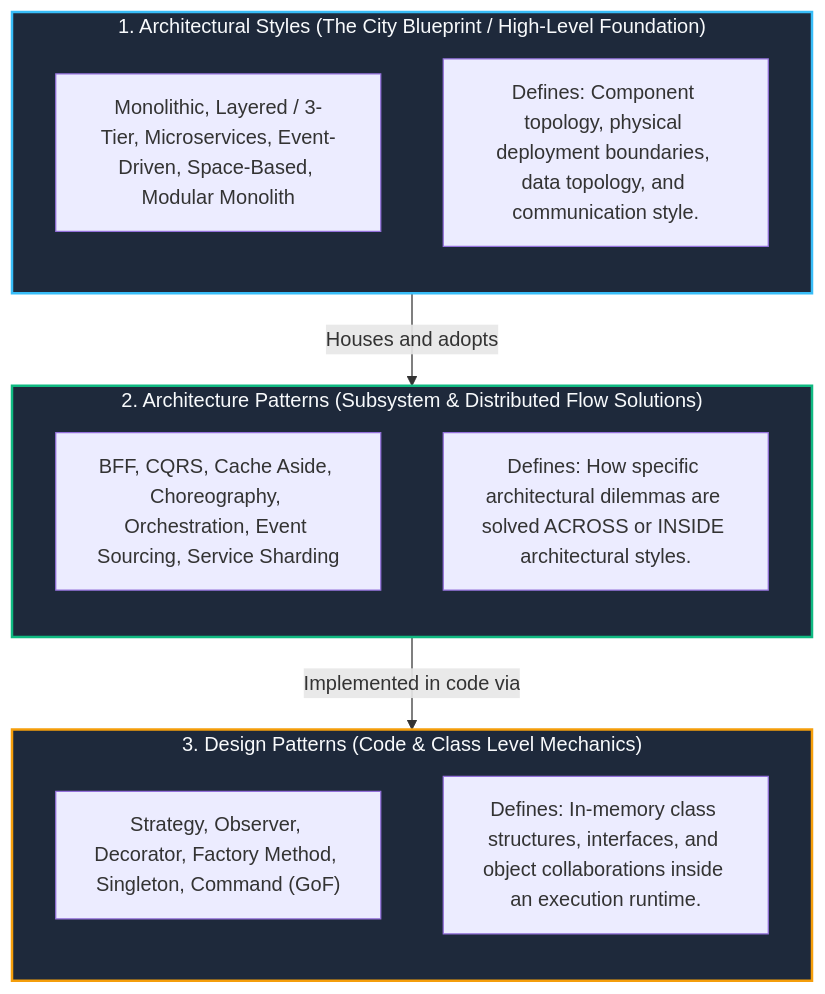
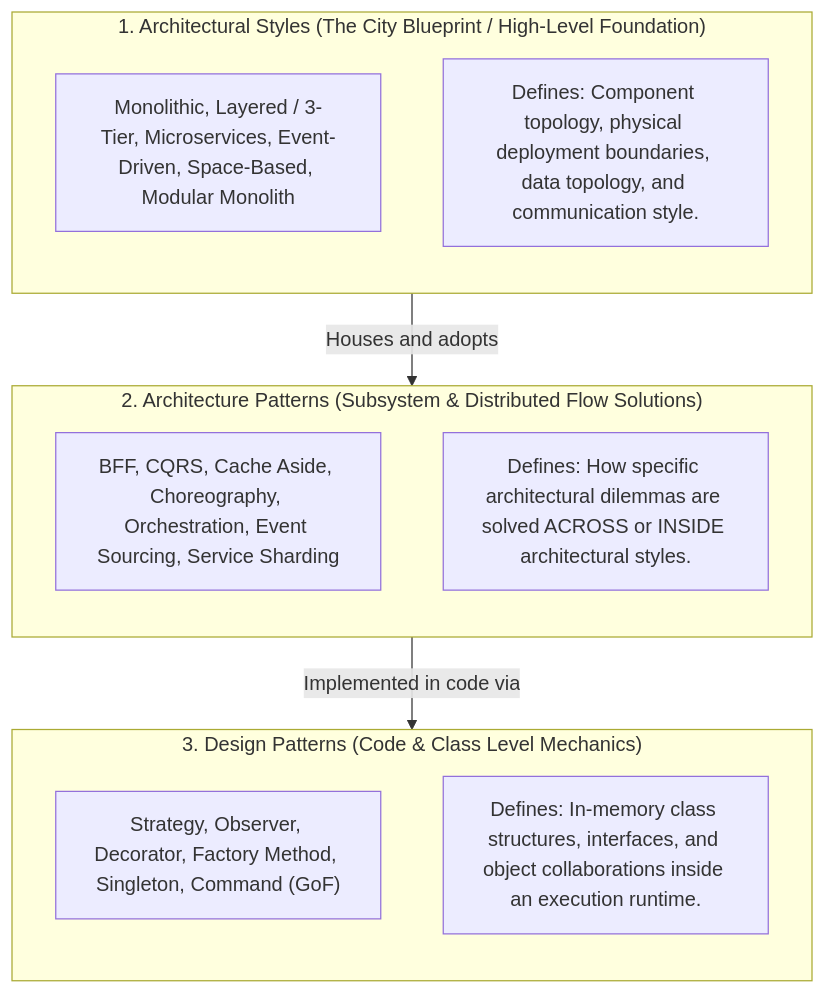
Before and after one commit to AkmKawser/System-Design: the diagram in topics/0.FUNDAMENTALS/Software Architecture and Modeling/1.ARCHITECTURE/2. Architecture Patterns/output/query_Architecture_Patterns/002_architectural_styles_vs_architecture_patterns_vs_design_patterns.md, drawn with Mermaid. The commit also changed 6 other files, not shown here.

Commit message:
fix(diagrams): remove dark fills and rects to ensure full visibility on GitHub light theme

````diff
--- a/topics/0.FUNDAMENTALS/Software Architecture and Modeling/1.ARCHITECTURE/2. Architecture Patterns/output/query_Architecture_Patterns/002_architectural_styles_vs_architecture_patterns_vs_design_patterns.md
+++ b/topics/0.FUNDAMENTALS/Software Architecture and Modeling/1.ARCHITECTURE/2. Architecture Patterns/output/query_Architecture_Patterns/002_architectural_styles_vs_architecture_patterns_vs_design_patterns.md
@@ -18,30 +18,24 @@
 ```mermaid
 flowchart TD
     subgraph STYLES["1. Architectural Styles (The City Blueprint / High-Level Foundation)"]
         direction TB
         S1["Monolithic, Layered / 3-Tier, Microservices, Event-Driven, Space-Based, Modular Monolith"]
         SDesc["Defines: Component topology, physical deployment boundaries, data topology, and communication style."]
     end
 
     subgraph ARCH_PATTERNS["2. Architecture Patterns (Subsystem & Distributed Flow Solutions)"]
         direction TB
         A1["BFF, CQRS, Cache Aside, Choreography, Orchestration, Event Sourcing, Service Sharding"]
         ADesc["Defines: How specific architectural dilemmas are solved ACROSS or INSIDE architectural styles."]
     end
 
     subgraph DESIGN_PATTERNS["3. Design Patterns (Code & Class Level Mechanics)"]
         direction TB
         D1["Strategy, Observer, Decorator, Factory Method, Singleton, Command (GoF)"]
         DDesc["Defines: In-memory class structures, interfaces, and object collaborations inside an execution runtime."]
     end
 
     STYLES -->|"Houses and adopts"| ARCH_PATTERNS
     ARCH_PATTERNS -->|"Implemented in code via"| DESIGN_PATTERNS
 
-    classDef styleClass fill:#1e293b,stroke:#38bdf8,stroke-width:2px,color:#f8fafc;
-    classDef arch fill:#1e293b,stroke:#10b981,stroke-width:2px,color:#f8fafc;
-    classDef design fill:#1e293b,stroke:#f59e0b,stroke-width:2px,color:#f8fafc;
-    class STYLES styleClass;
-    class ARCH_PATTERNS arch;
-    class DESIGN_PATTERNS design;
 ```
````
